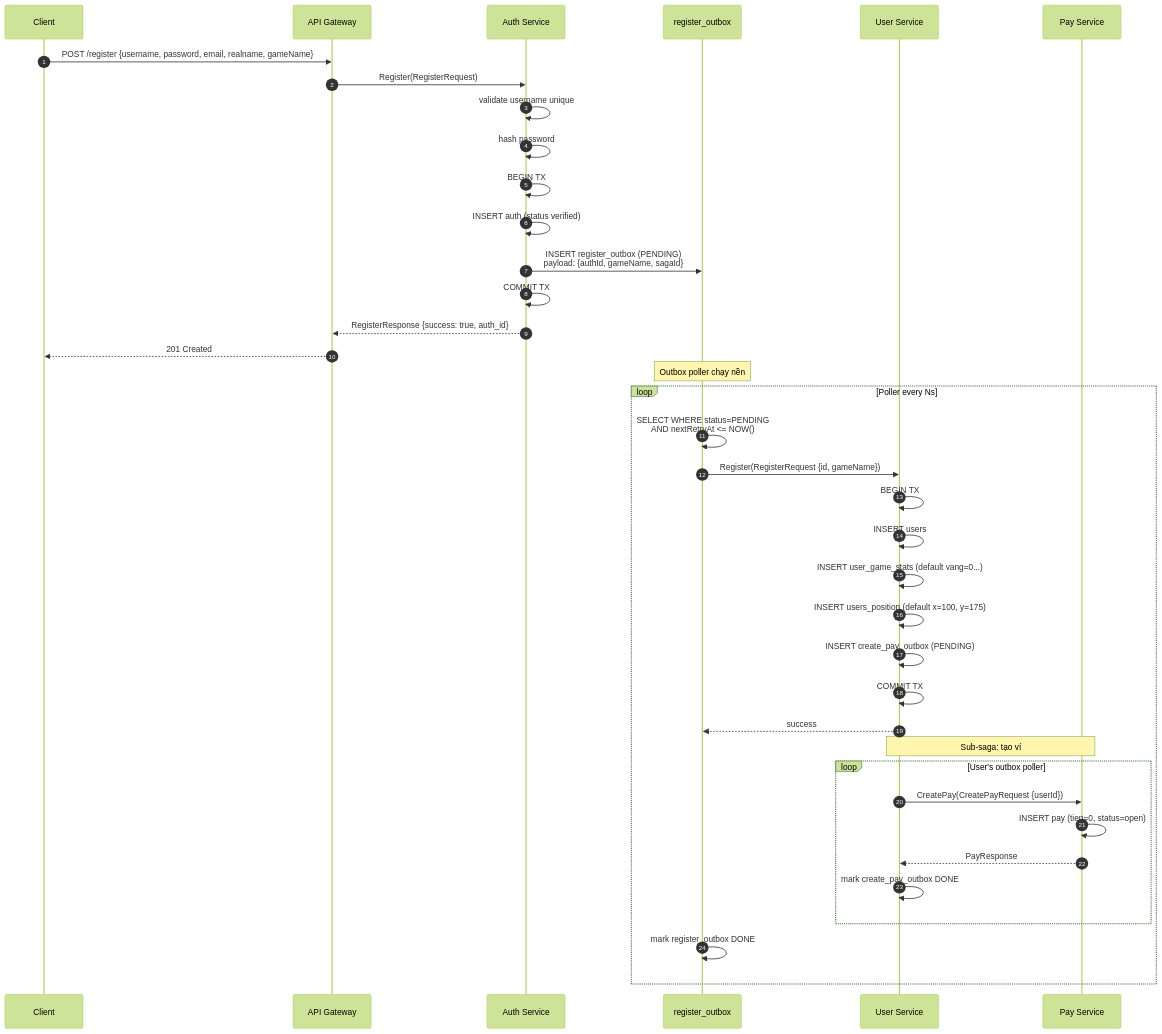
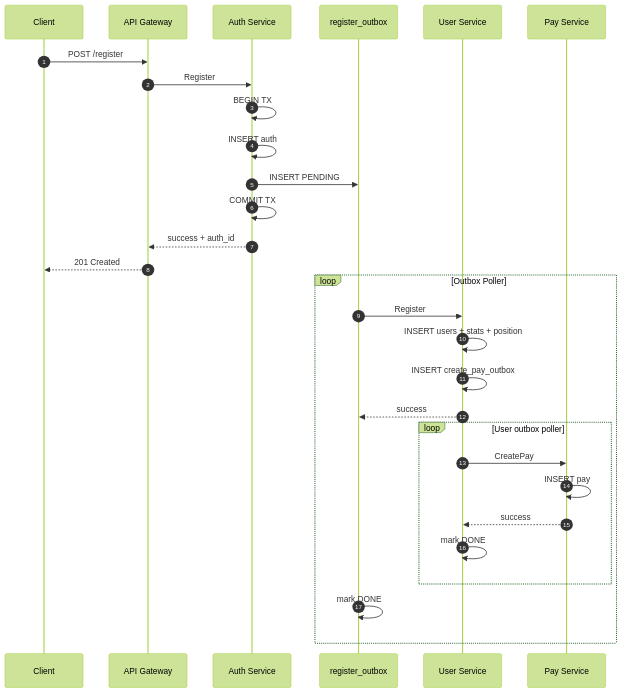
The sixth of 18 diagrams in docs/architecture.md (DANG-PH/dragonboy-api-gateway), drawn with Mermaid (forest theme) before and after one commit. The commit also changed other lines of this file, not shown here.

Commit message:
fix: architecture docs with erd, diagram, usecase,...

````diff
--- a/docs/architecture.md
+++ b/docs/architecture.md
@@ -472,46 +586,35 @@
 ```mermaid
 sequenceDiagram
     autonumber
     participant C as Client
     participant GW as API Gateway
     participant Auth as Auth Service
     participant Outbox as register_outbox
     participant User as User Service
     participant Pay as Pay Service
 
-    C->>GW: POST /register {username, password, email, realname, gameName}
-    GW->>Auth: Register(RegisterRequest)
-    Auth->>Auth: validate username unique
-    Auth->>Auth: hash password
+    C->>GW: POST /register
+    GW->>Auth: Register
     Auth->>Auth: BEGIN TX
-    Auth->>Auth: INSERT auth (status verified)
-    Auth->>Outbox: INSERT register_outbox (PENDING)<br/>payload: {authId, gameName, sagaId}
+    Auth->>Auth: INSERT auth
+    Auth->>Outbox: INSERT PENDING
     Auth->>Auth: COMMIT TX
-    Auth-->>GW: RegisterResponse {success: true, auth_id}
+    Auth-->>GW: success + auth_id
     GW-->>C: 201 Created
 
-    Note over Outbox: Outbox poller chạy nền
-
-    loop Poller every Ns
-        Outbox->>Outbox: SELECT WHERE status=PENDING<br/>AND nextRetryAt <= NOW()
-        Outbox->>User: Register(RegisterRequest {id, gameName})
-
-        User->>User: BEGIN TX
-        User->>User: INSERT users
-        User->>User: INSERT user_game_stats (default vang=0...)
-        User->>User: INSERT users_position (default x=100, y=175)
-        User->>User: INSERT create_pay_outbox (PENDING)
-        User->>User: COMMIT TX
+    loop Outbox Poller
+        Outbox->>User: Register
+        User->>User: INSERT users + stats + position
+        User->>User: INSERT create_pay_outbox
         User-->>Outbox: success
 
-        Note over User,Pay: Sub-saga: tạo ví
-        loop User's outbox poller
-            User->>Pay: CreatePay(CreatePayRequest {userId})
-            Pay->>Pay: INSERT pay (tien=0, status=open)
-            Pay-->>User: PayResponse
-            User->>User: mark create_pay_outbox DONE
+        loop User outbox poller
+            User->>Pay: CreatePay
+            Pay->>Pay: INSERT pay
+            Pay-->>User: success
+            User->>User: mark DONE
         end
 
-        Outbox->>Outbox: mark register_outbox DONE
+        Outbox->>Outbox: mark DONE
     end
 ```
````
